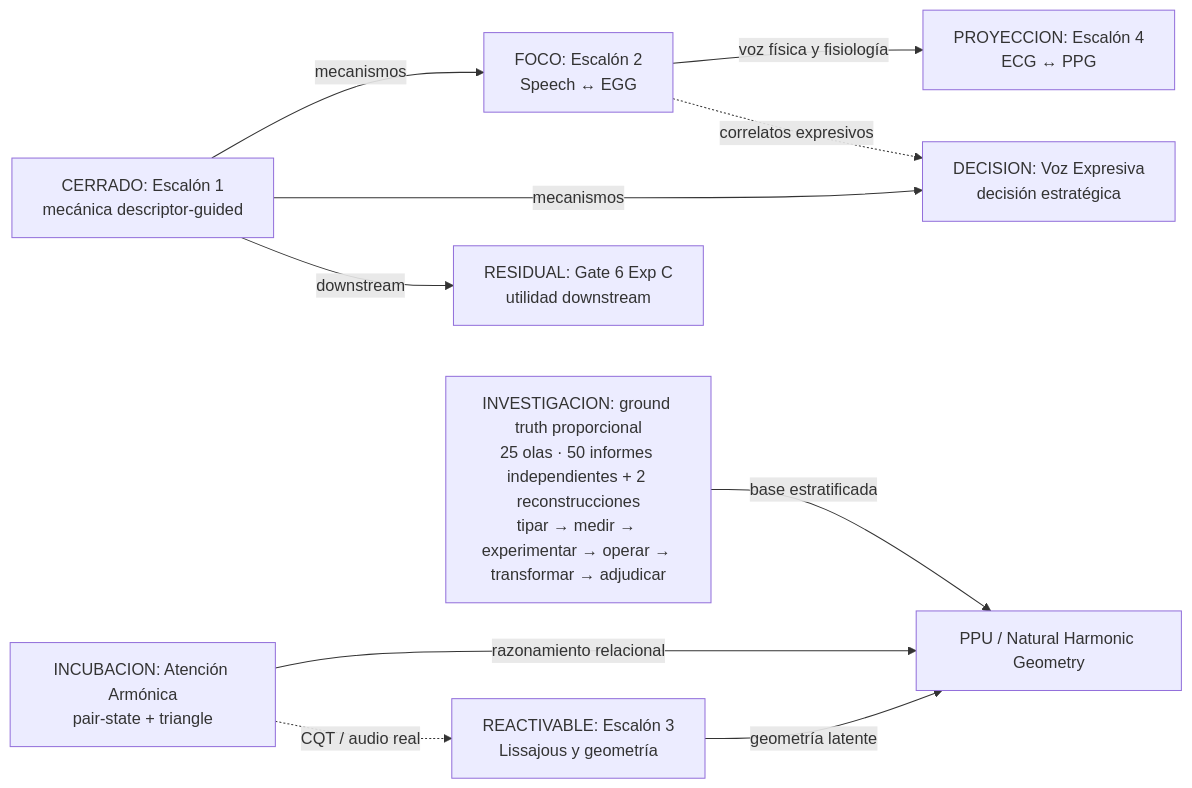
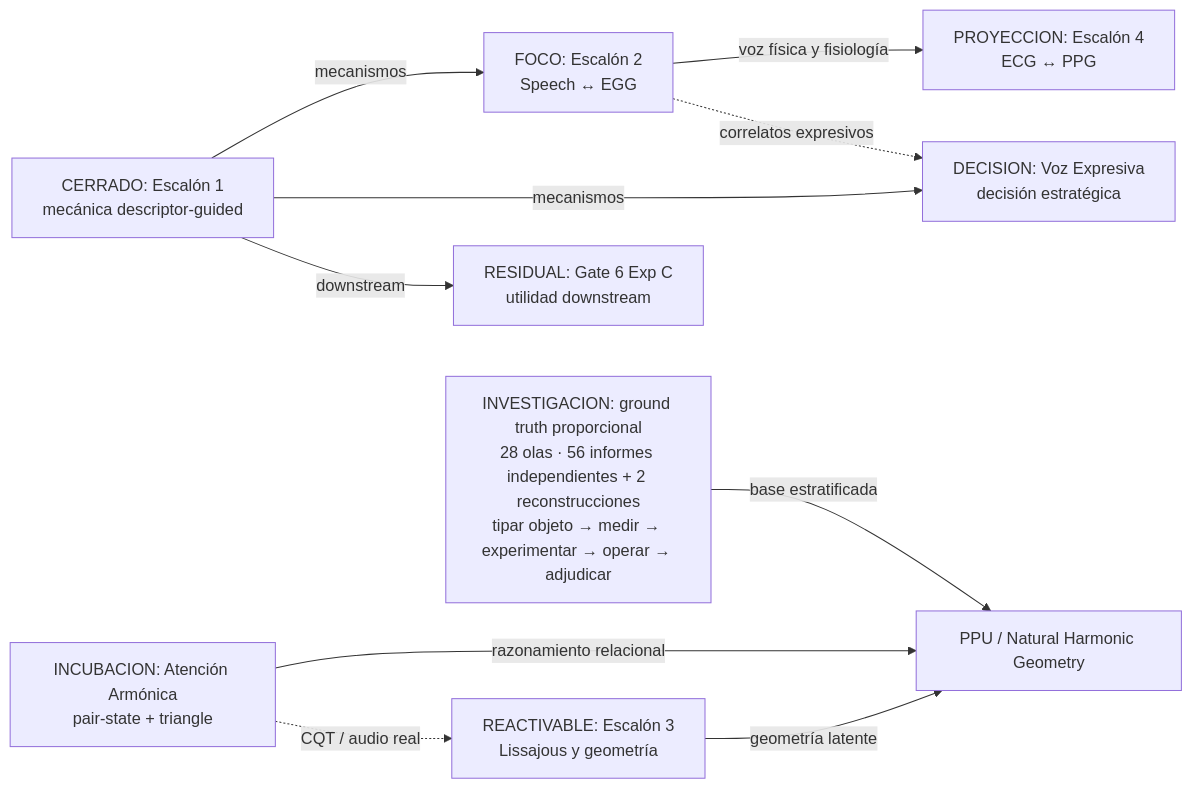
One commit to Mar-IA-no/Phideus changed the first of 2 diagrams in Documents/05_WIKI/MAPA_VISUAL_DEL_PROGRAMA.md. Above: the diagram before and after it, drawn with Mermaid. The commit also changed 11 other files, not shown here.

Commit message:
docs: integrar Olas 26-28 de ground truth proporcional

````diff
--- a/Documents/05_WIKI/MAPA_VISUAL_DEL_PROGRAMA.md
+++ b/Documents/05_WIKI/MAPA_VISUAL_DEL_PROGRAMA.md
@@ -36,22 +36,22 @@
 ```mermaid
 flowchart LR
     E1["CERRADO: Escalón 1<br/>mecánica descriptor-guided"]
     G6["RESIDUAL: Gate 6 Exp C<br/>utilidad downstream"]
     E2["FOCO: Escalón 2<br/>Speech ↔ EGG"]
     VE["DECISION: Voz Expresiva<br/>decisión estratégica"]
     E3["REACTIVABLE: Escalón 3<br/>Lissajous y geometría"]
     AA["INCUBACION: Atención Armónica<br/>pair-state + triangle"]
     E4["PROYECCION: Escalón 4<br/>ECG ↔ PPG"]
     PPU["PPU / Natural Harmonic Geometry"]
-    GT["INVESTIGACION: ground truth proporcional<br/>25 olas · 50 informes independientes + 2 reconstrucciones<br/>tipar → medir → experimentar → operar → transformar → adjudicar"]
+    GT["INVESTIGACION: ground truth proporcional<br/>28 olas · 56 informes independientes + 2 reconstrucciones<br/>tipar objeto → medir → experimentar → operar → adjudicar"]
 
     E1 -->|mecanismos| E2
     E1 -->|mecanismos| VE
     E1 -->|downstream| G6
     E2 -->|voz física y fisiología| E4
     E2 -.->|correlatos expresivos| VE
     E3 -->|geometría latente| PPU
     AA -->|razonamiento relacional| PPU
     GT -->|base estratificada| PPU
     AA -.->|CQT / audio real| E3
 ```
````
